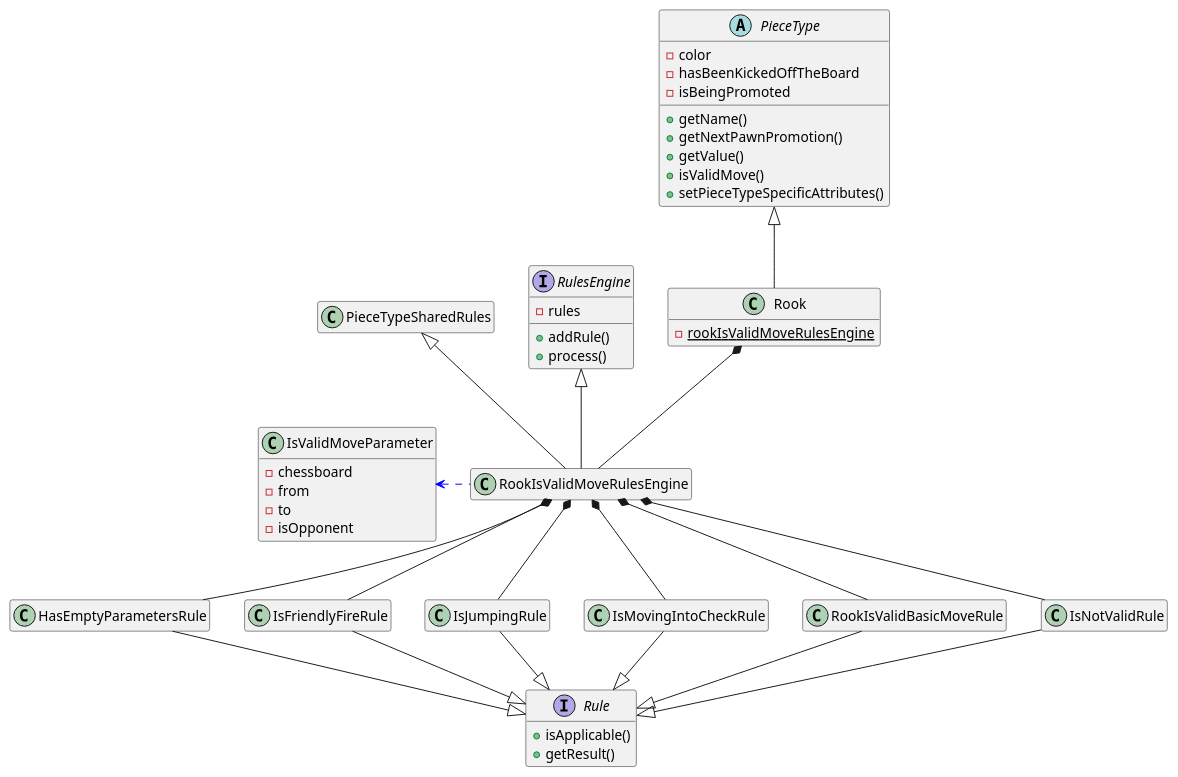
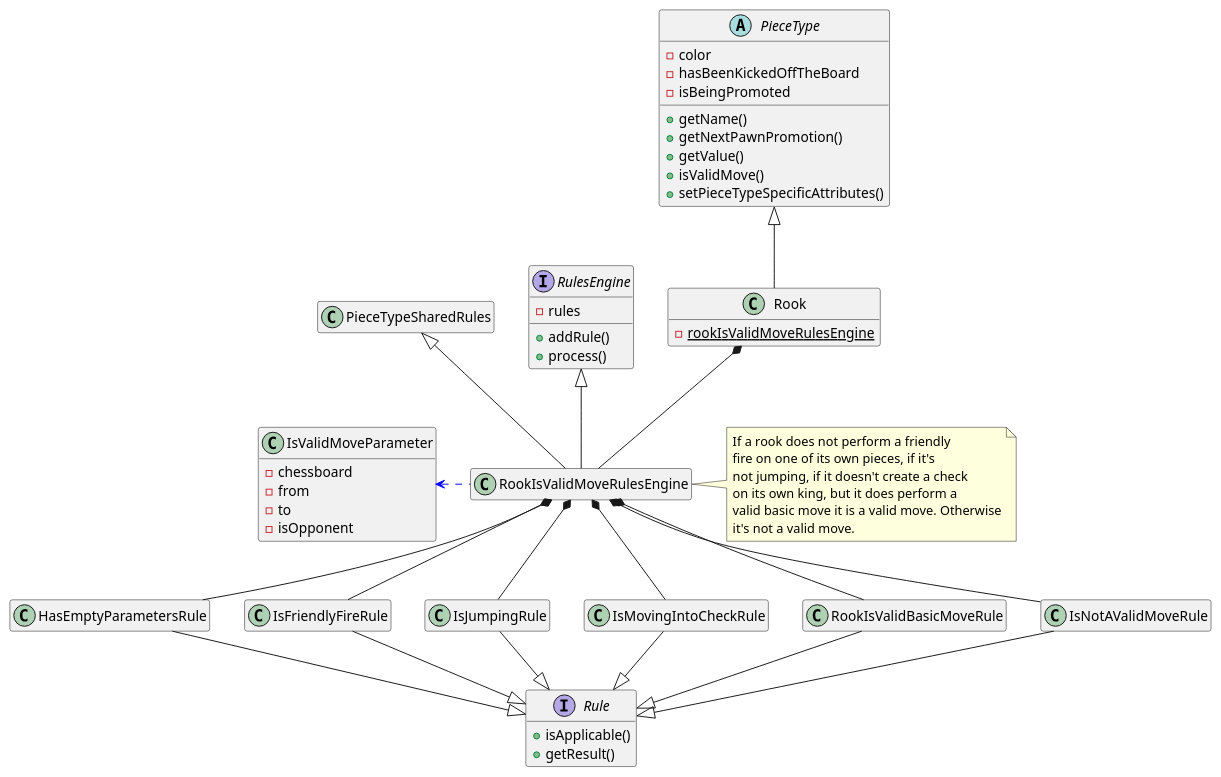
One commit to tiktaalick/chess-with-database changed the diagram in game/src/main/resources/uml/rook.puml. Above: the diagram before and after it, drawn with PlantUML. The commit also changed 22 other files, not shown here.

Commit message:
* Added notes to the class diagrams.

```diff
--- a/game/src/main/resources/uml/rook.puml
+++ b/game/src/main/resources/uml/rook.puml
@@ -1,65 +1,77 @@
 @startuml
 
 '--------------'
 'Hidden members'
 '--------------'
 hide empty members
 
 '----'
 'Move'
 '----'
 abstract class PieceType {
     - color
     - hasBeenKickedOffTheBoard
     - isBeingPromoted
     + getName()
     + getNextPawnPromotion()
     + getValue()
     + isValidMove()
     + setPieceTypeSpecificAttributes()
 }
 
 class Rook {
     - {static} rookIsValidMoveRulesEngine
 }
 
 class IsValidMoveParameter {
     - chessboard
     - from
     - to
     - isOpponent
 }
 
 interface RulesEngine {
     - rules
     + addRule()
     + process()
 }
 
 interface Rule {
     + isApplicable()
     + getResult()
 }
 
 '---------'
 'Relations'
 '---------'
 PieceType <|-down- Rook
 Rook *-- RookIsValidMoveRulesEngine
 RookIsValidMoveRulesEngine -up-|> RulesEngine
 RookIsValidMoveRulesEngine -up-|> PieceTypeSharedRules
 RookIsValidMoveRulesEngine .left[#blue].> IsValidMoveParameter
 HasEmptyParametersRule -up-* RookIsValidMoveRulesEngine
 IsFriendlyFireRule -up-* RookIsValidMoveRulesEngine
 IsJumpingRule -up-* RookIsValidMoveRulesEngine
 IsMovingIntoCheckRule -up-* RookIsValidMoveRulesEngine
 RookIsValidBasicMoveRule -up-* RookIsValidMoveRulesEngine
-IsNotValidRule -up-* RookIsValidMoveRulesEngine
+IsNotAValidMoveRule -up-* RookIsValidMoveRulesEngine
 HasEmptyParametersRule --|> Rule
 IsFriendlyFireRule --|> Rule
 IsJumpingRule --|> Rule
 IsMovingIntoCheckRule --|> Rule
 RookIsValidBasicMoveRule --|> Rule
-IsNotValidRule --|> Rule
+IsNotAValidMoveRule --|> Rule
+
+'-----'
+'Notes'
+'-----'
+note right of RookIsValidMoveRulesEngine {
+    If a rook does not perform a friendly
+    fire on one of its own pieces, if it's
+    not jumping, if it doesn't create a check
+    on its own king, but it does perform a
+    valid basic move it is a valid move. Otherwise
+    it's not a valid move.
+}
 
 @enduml
```
